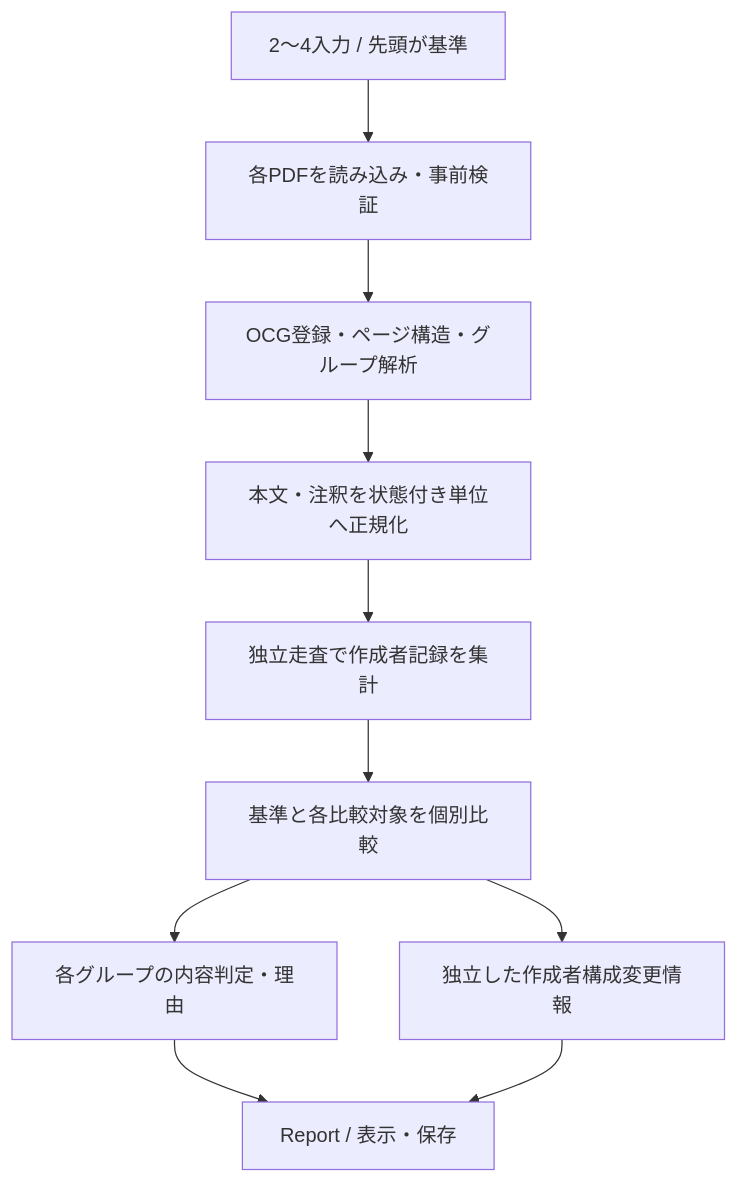
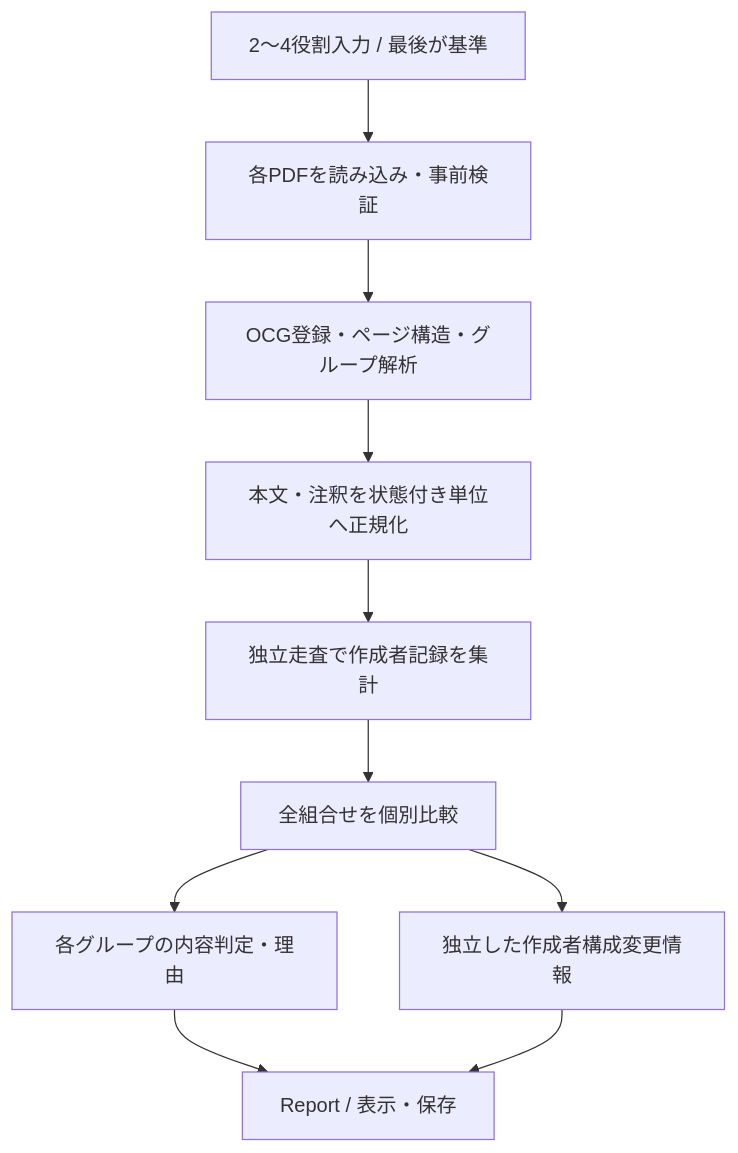
The second of 3 diagrams in docs/basic-design.md (zionsoftware/diffpdf-layer), drawn with Mermaid before and after one commit. The commit also changed other lines of this file and 32 other files, not shown here.

````diff
--- a/docs/basic-design.md
+++ b/docs/basic-design.md
@@ -53,12 +53,12 @@
 ```mermaid
 flowchart TD
-    A[2～4入力 / 先頭が基準] --> B[各PDFを読み込み・事前検証]
+    A[2～4役割入力 / 最後が基準] --> B[各PDFを読み込み・事前検証]
     B --> C[OCG登録・ページ構造・グループ解析]
     C --> D[本文・注釈を状態付き単位へ正規化]
     D --> E[独立走査で作成者記録を集計]
-    E --> F[基準と各比較対象を個別比較]
+    E --> F[全組合せを個別比較]
     F --> G[各グループの内容判定・理由]
     F --> H[独立した作成者構成変更情報]
     G --> I[Report / 表示・保存]
     H --> I
 ```
````
